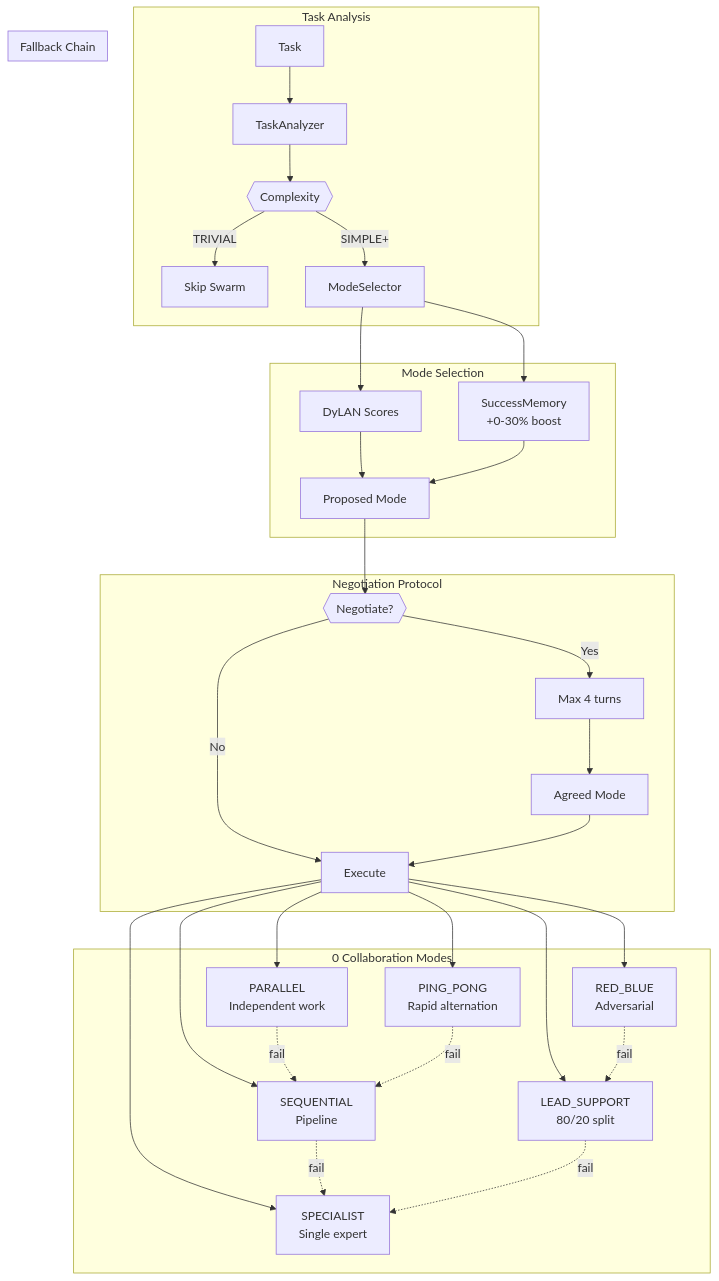
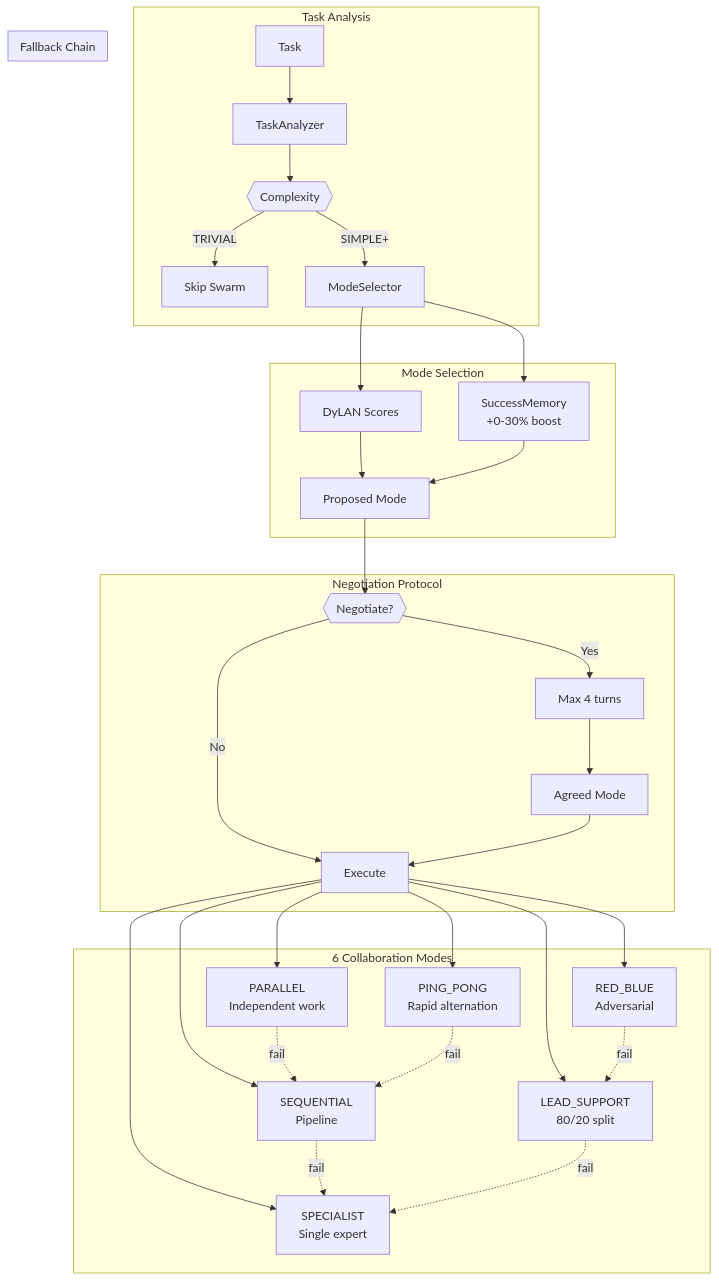
One commit to yannabadie/NEXUS changed the sixth of 13 diagrams in docs/ARCHITECTURE_MAP_GENERATED.md. Above: the diagram before and after it, drawn with Mermaid. The commit also changed other lines of this file and 31 other files, not shown here.

````diff
--- a/docs/ARCHITECTURE_MAP_GENERATED.md
+++ b/docs/ARCHITECTURE_MAP_GENERATED.md
@@ -252,41 +252,41 @@
 ```mermaid
 graph TD
     subgraph Analysis["Task Analysis"]
         TASK[Task] --> ANALYZER[TaskAnalyzer]
         ANALYZER --> COMPLEXITY{{Complexity}}
         COMPLEXITY -->|TRIVIAL| SKIP[Skip Swarm]
         COMPLEXITY -->|SIMPLE+| SELECT[ModeSelector]
     end
 
     subgraph Selection["Mode Selection"]
         SELECT --> DYLAN[DyLAN Scores]
         SELECT --> MEMORY[SuccessMemory<br/>+0-30% boost]
         DYLAN --> PROPOSE[Proposed Mode]
         MEMORY --> PROPOSE
     end
 
     subgraph Negotiation["Negotiation Protocol"]
         PROPOSE --> NEG{{Negotiate?}}
         NEG -->|Yes| DEBATE[Max 4 turns]
         NEG -->|No| EXEC
         DEBATE --> AGREED[Agreed Mode]
         AGREED --> EXEC[Execute]
     end
 
-    subgraph Modes["0 Collaboration Modes"]
+    subgraph Modes["6 Collaboration Modes"]
         EXEC --> M1[PARALLEL<br/>Independent work]
         EXEC --> M2[SEQUENTIAL<br/>Pipeline]
         EXEC --> M3[LEAD_SUPPORT<br/>80/20 split]
         EXEC --> M4[PING_PONG<br/>Rapid alternation]
         EXEC --> M5[SPECIALIST<br/>Single expert]
         EXEC --> M6[RED_BLUE<br/>Adversarial]
     end
 
     subgraph Fallback["Fallback Chain"]
         M1 -.->|fail| M2
         M2 -.->|fail| M5
         M3 -.->|fail| M5
         M4 -.->|fail| M2
         M6 -.->|fail| M3
     end
 ```
````
